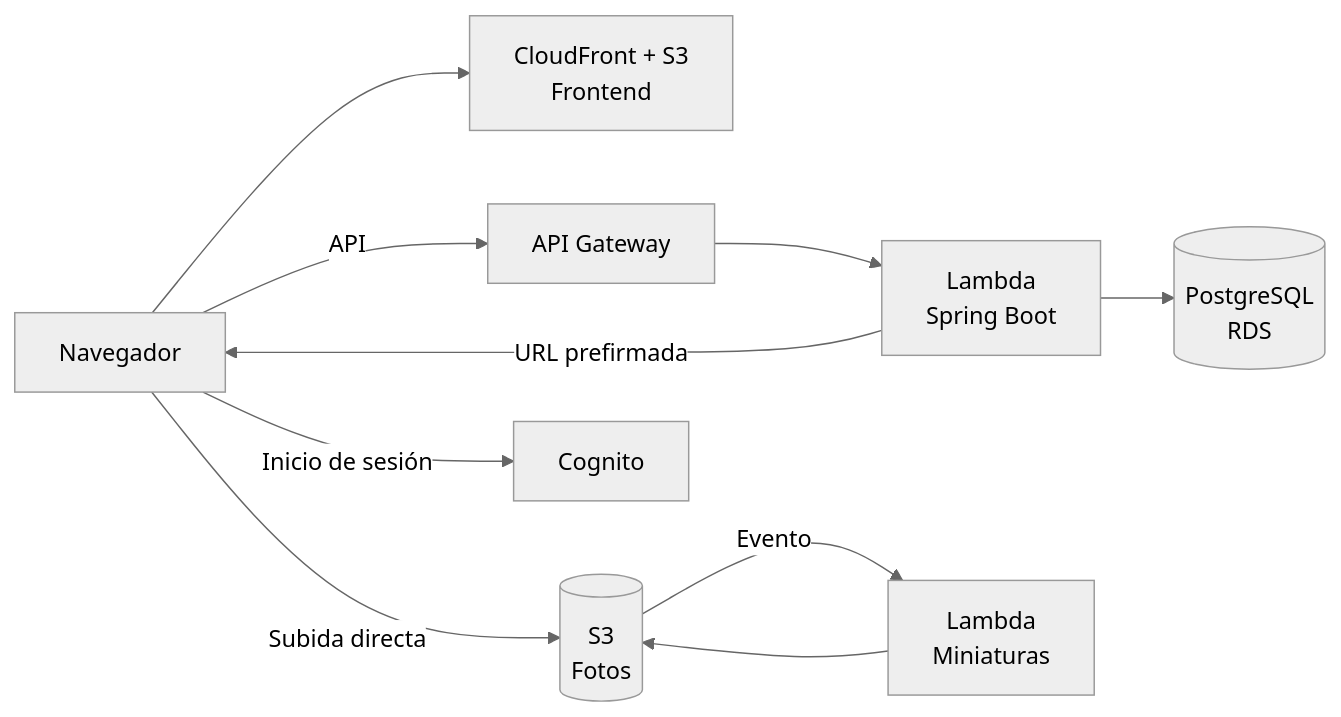
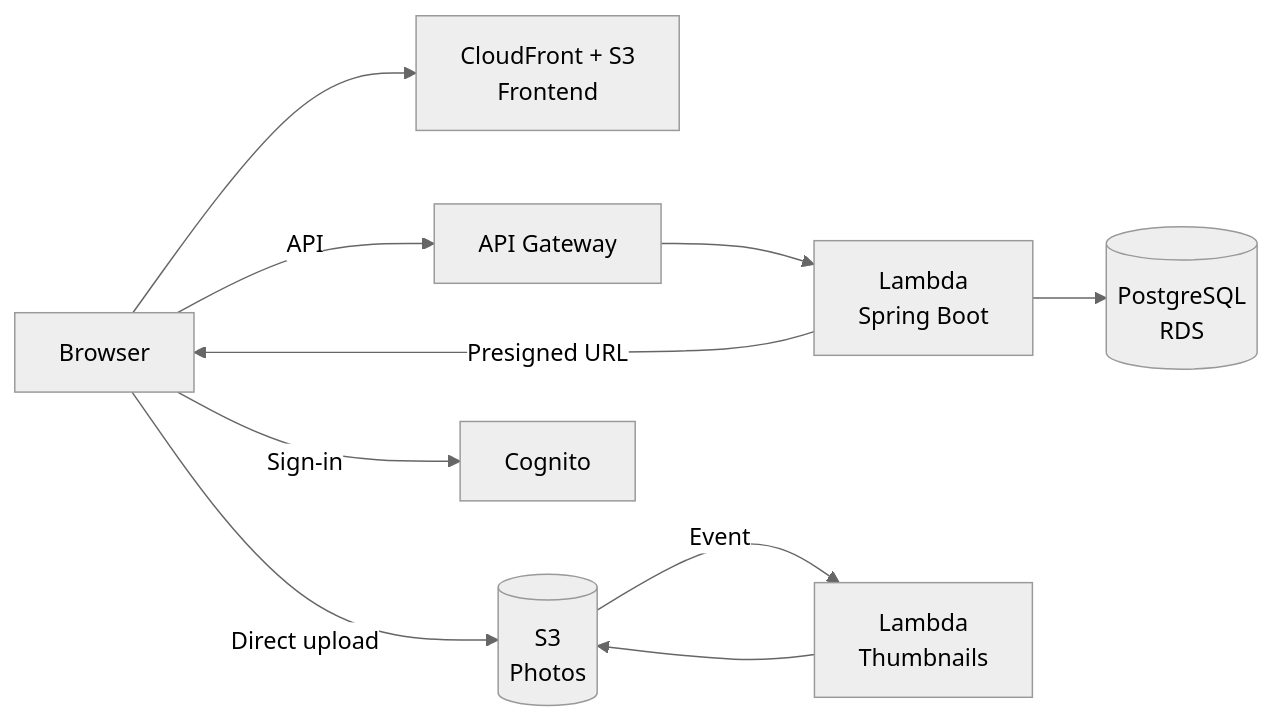
The diagram in README.md (Eduard20CR/2026-pictures-pov-app), drawn with Mermaid (neutral theme) before and after one commit. The commit also changed other lines of this file and 7 other files, not shown here.

````diff
--- a/README.md
+++ b/README.md
@@ -62,12 +62,12 @@
 ```mermaid
 flowchart LR
-    U[Navegador] --> CF[CloudFront + S3<br/>Frontend]
+    U[Browser] --> CF[CloudFront + S3<br/>Frontend]
     U -->|API| APIGW[API Gateway]
     APIGW --> L[Lambda<br/>Spring Boot]
     L --> DB[(PostgreSQL<br/>RDS)]
-    L -->|URL prefirmada| U
-    U -->|Subida directa| S3[(S3<br/>Fotos)]
-    S3 -->|Evento| T[Lambda<br/>Miniaturas]
+    L -->|Presigned URL| U
+    U -->|Direct upload| S3[(S3<br/>Photos)]
+    S3 -->|Event| T[Lambda<br/>Thumbnails]
     T --> S3
-    U -->|Inicio de sesión| COG[Cognito]
+    U -->|Sign-in| COG[Cognito]
 ```
````
